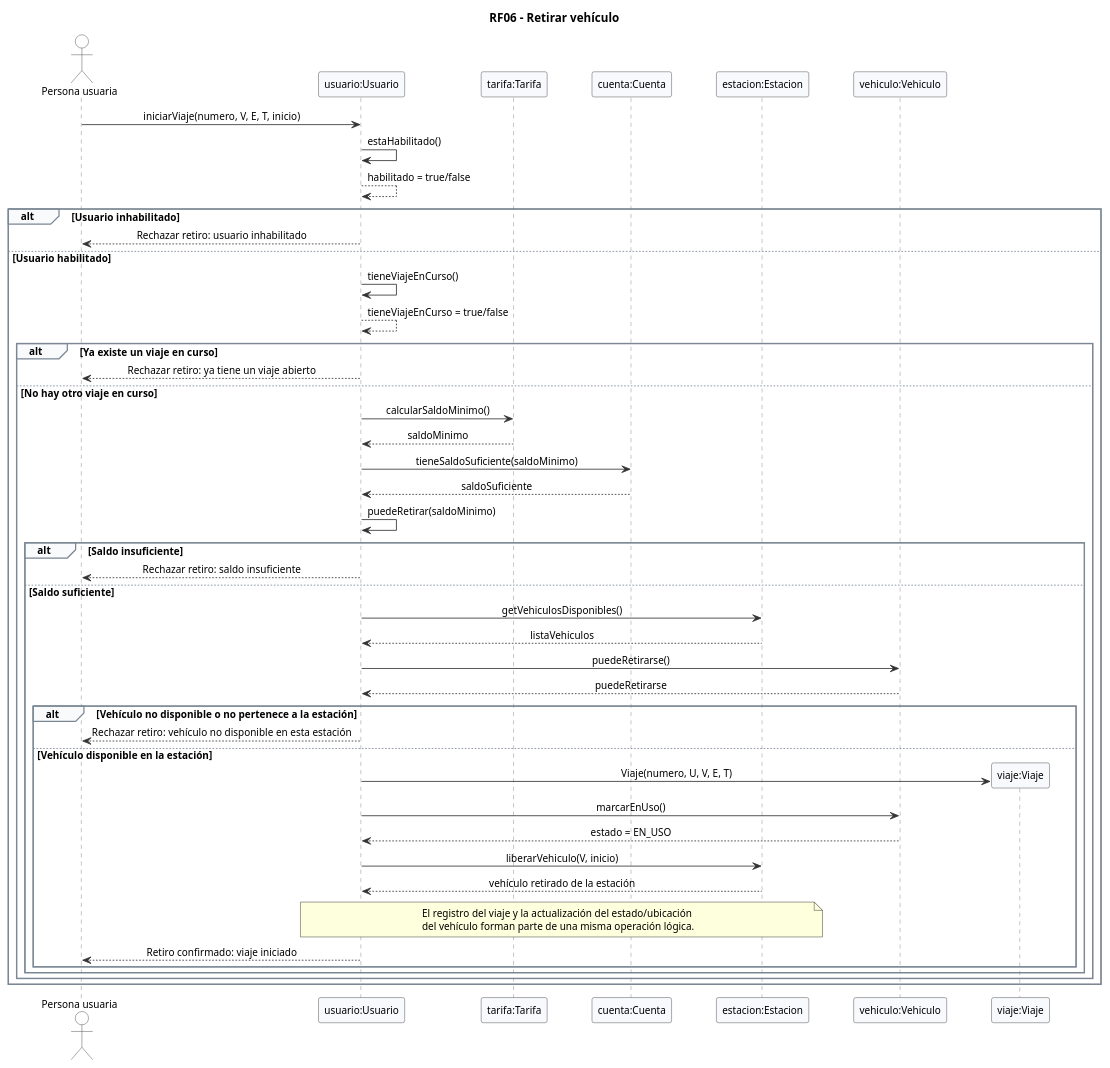
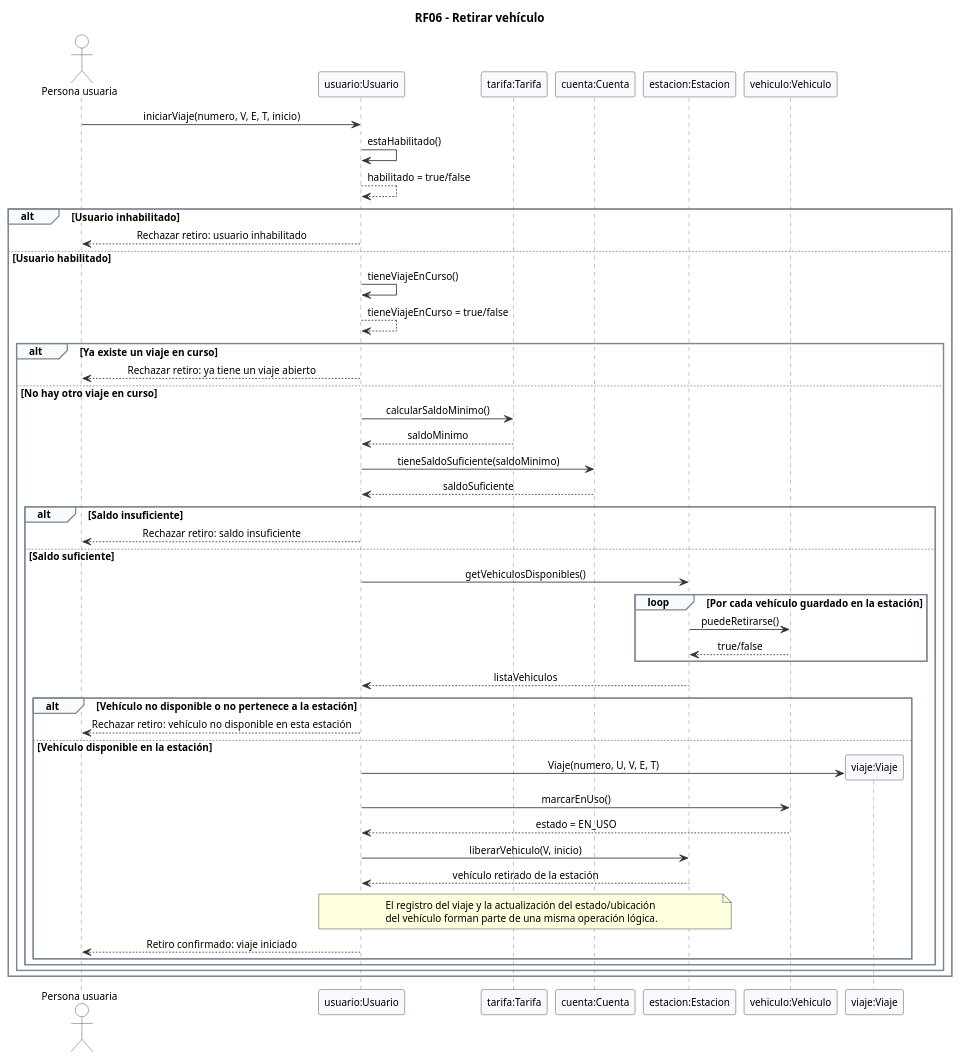
Before and after one commit to Muller-Agustin/Sistema-de-movilidad-compartida: the diagram in docs/uml/Diagrama de Secuencia 1.puml, drawn with PlantUML. The commit also changed 21 other files, not shown here.

Commit message:
Pasar los diagramas a SVG para la exposición

```diff
--- a/docs/uml/Diagrama de Secuencia 1.puml
+++ b/docs/uml/Diagrama de Secuencia 1.puml
@@ -2,79 +2,79 @@
 @startuml RF06_Retirar_Vehiculo
 skinparam shadowing false
 skinparam defaultFontName Arial
 skinparam defaultFontSize 12
 skinparam sequenceMessageAlign center
 skinparam responseMessageBelowArrow true
-skinparam ParticipantPadding 22
 skinparam BoxPadding 10
 skinparam sequence {
   ArrowColor #333333
   LifeLineBorderColor #777777
   LifeLineBackgroundColor #FFFFFF
   ParticipantBorderColor #333333
   ParticipantBackgroundColor #F7F9FC
   ActorBorderColor #333333
   ActorBackgroundColor #FFFFFF
   GroupBorderColor #7B8794
   GroupBackgroundColor #F8FAFC
 }
 
 title RF06 - Retirar vehículo
 
 actor "Persona usuaria" as A
 participant "usuario:Usuario" as U
 participant "tarifa:Tarifa" as T
 participant "cuenta:Cuenta" as C
 participant "estacion:Estacion" as E
 participant "vehiculo:Vehiculo" as V
 
 A -> U: iniciarViaje(numero, V, E, T, inicio)
 
 U -> U: estaHabilitado()
 U --> U: habilitado = true/false
 
 alt Usuario inhabilitado
   U --> A: Rechazar retiro: usuario inhabilitado
 else Usuario habilitado
   U -> U: tieneViajeEnCurso()
   U --> U: tieneViajeEnCurso = true/false
 
   alt Ya existe un viaje en curso
     U --> A: Rechazar retiro: ya tiene un viaje abierto
   else No hay otro viaje en curso
     U -> T: calcularSaldoMinimo()
     T --> U: saldoMinimo
     U -> C: tieneSaldoSuficiente(saldoMinimo)
     C --> U: saldoSuficiente
-    U -> U: puedeRetirar(saldoMinimo)
 
     alt Saldo insuficiente
       U --> A: Rechazar retiro: saldo insuficiente
     else Saldo suficiente
       U -> E: getVehiculosDisponibles()
+      loop Por cada vehículo guardado en la estación
+        E -> V: puedeRetirarse()
+        V --> E: true/false
+      end
       E --> U: listaVehiculos
-      U -> V: puedeRetirarse()
-      V --> U: puedeRetirarse
 
       alt Vehículo no disponible o no pertenece a la estación
         U --> A: Rechazar retiro: vehículo no disponible en esta estación
       else Vehículo disponible en la estación
         create participant "viaje:Viaje" as J
         U -> J: Viaje(numero, U, V, E, T)
         U -> V: marcarEnUso()
         V --> U: estado = EN_USO
         U -> E: liberarVehiculo(V, inicio)
         E --> U: vehículo retirado de la estación
 
         note over U,E
           El registro del viaje y la actualización del estado/ubicación
           del vehículo forman parte de una misma operación lógica.
         end note
 
         U --> A: Retiro confirmado: viaje iniciado
       end
     end
   end
 end
 
 @enduml
```
